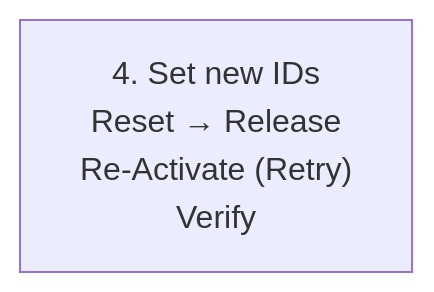
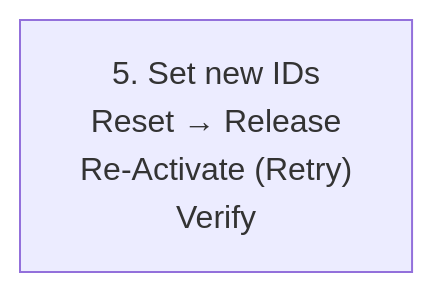
One commit to me-systeme/StartupCAN changed the sixth of 21 diagrams in README.md. Above: the diagram before and after it, drawn with Mermaid. The commit also changed other lines of this file and 3 other files, not shown here.

Commit message:
merge current ids and safe release

````diff
--- a/README.md
+++ b/README.md
@@ -92,4 +106,4 @@
 ```mermaid
 flowchart TD
-A["4. Set new IDs<br/>Reset → Release<br/>Re-Activate (Retry)<br/>Verify"]
+A["5. Set new IDs<br/>Reset → Release<br/>Re-Activate (Retry)<br/>Verify"]
 ``` 
````
